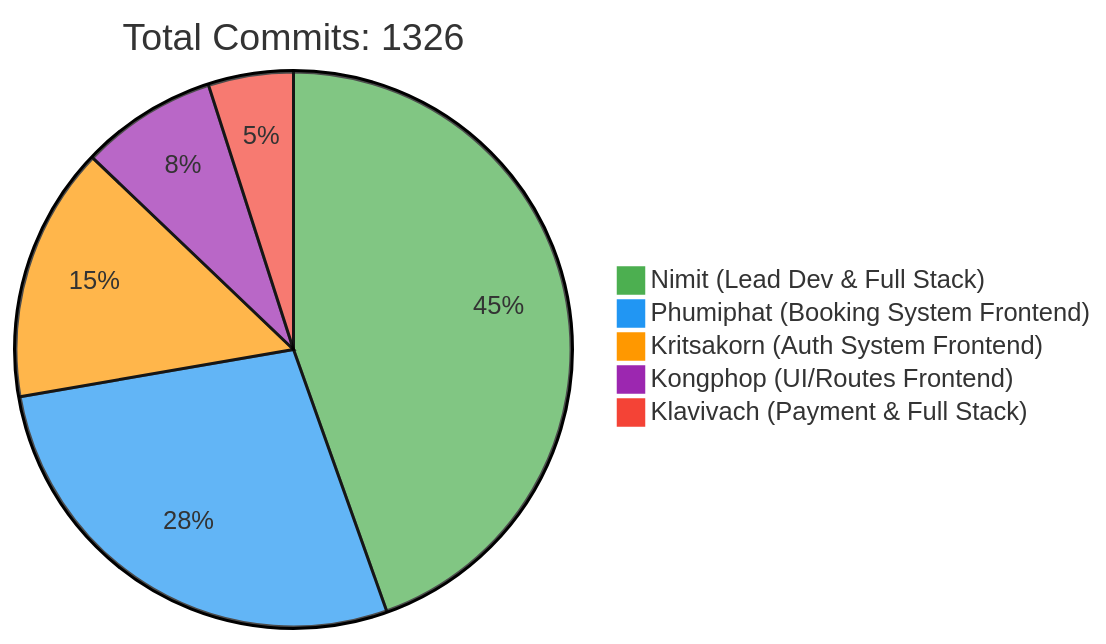
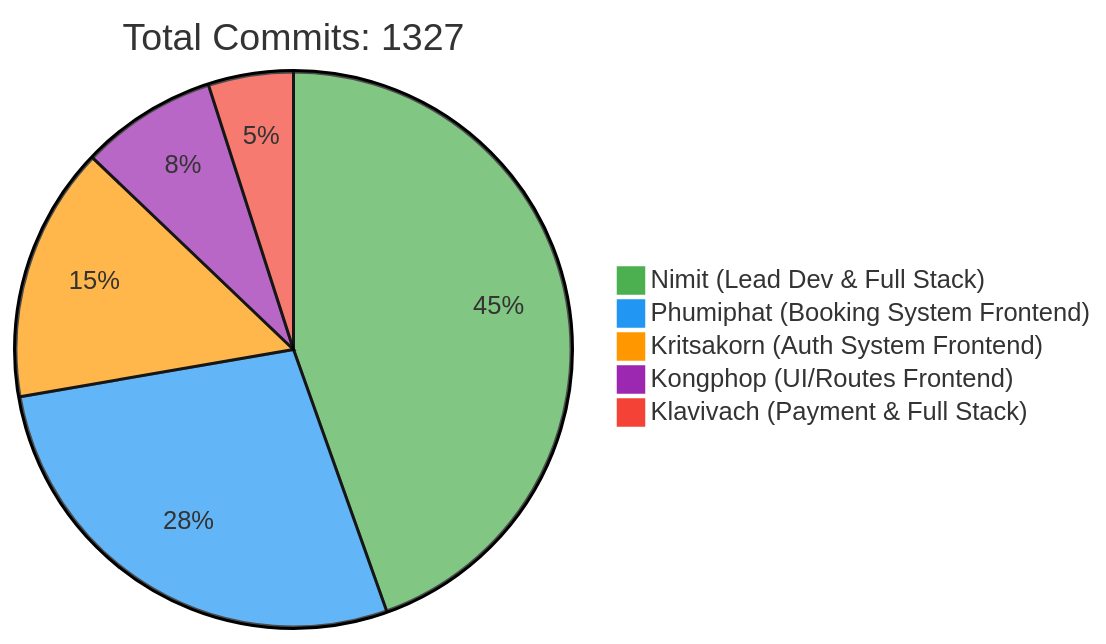
One commit to 6531503042/Sport-Complex changed the first of 2 diagrams in README.md. Above: the diagram before and after it, drawn with Mermaid. The commit also changed other lines of this file, not shown here.

Commit message:
docs: Update contributor statistics [skip ci]

````diff
--- a/README.md
+++ b/README.md
@@ -257,10 +257,10 @@
 ```mermaid
 %%{init: {'theme': 'base', 'themeVariables': { 'pie1': '#4CAF50', 'pie2': '#2196F3', 'pie3': '#FF9800', 'pie4': '#9C27B0', 'pie5': '#F44336'}}}%%
 pie
-    title Total Commits: 1326
+    title Total Commits: 1327
     "Nimit (Lead Dev & Full Stack)" : 450
     "Phumiphat (Booking System Frontend)" : 280
     "Kritsakorn (Auth System Frontend)" : 150
     "Kongphop (UI/Routes Frontend)" : 80
     "Klavivach (Payment & Full Stack)" : 50
 ```
````
